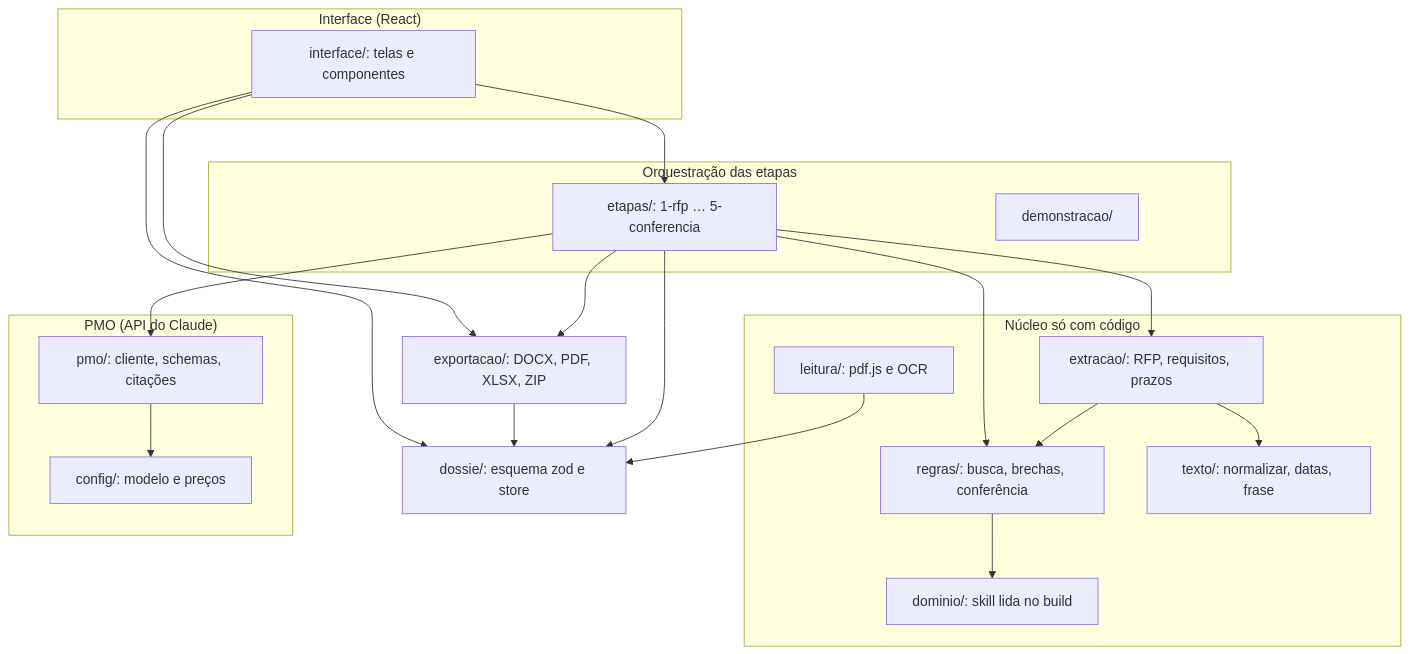
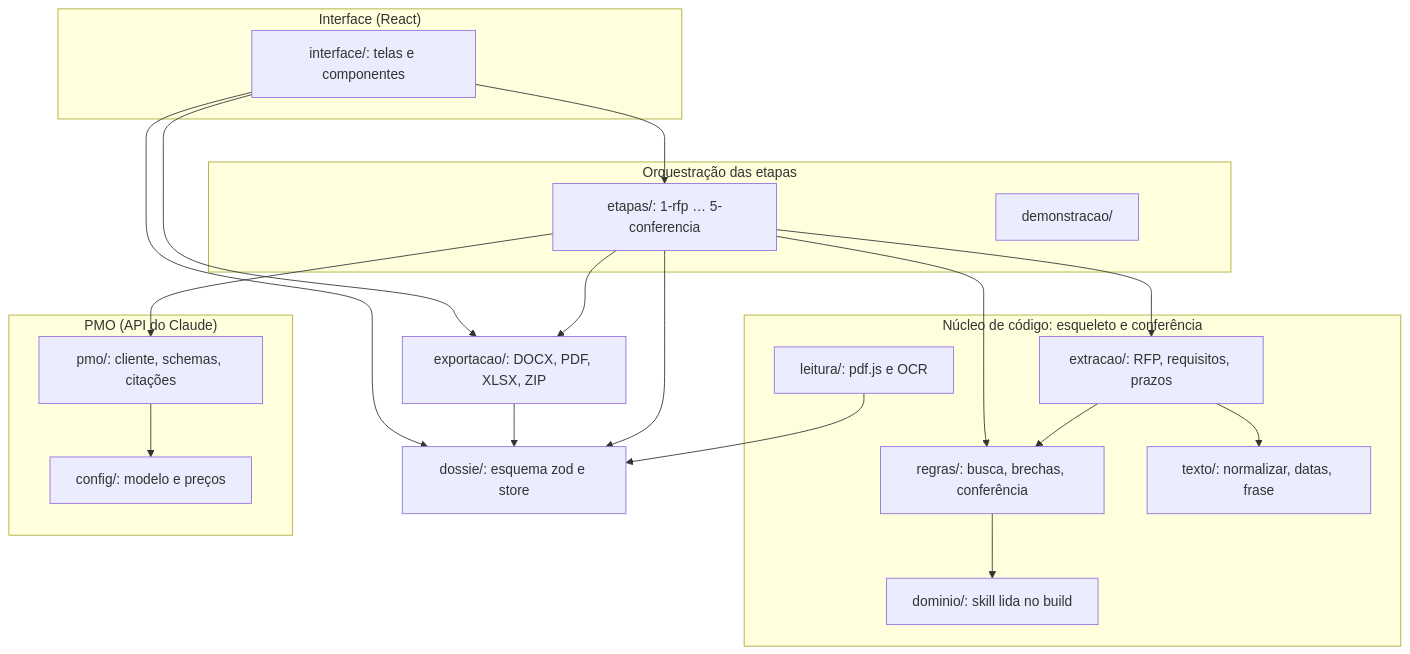
One commit to izacxll/raio-x-do-projeto changed the diagram in docs/tecnico/02-arquitetura.md. Above: the diagram before and after it, drawn with Mermaid. The commit also changed other lines of this file and 64 other files, not shown here.

````diff
--- a/docs/tecnico/02-arquitetura.md
+++ b/docs/tecnico/02-arquitetura.md
@@ -16,37 +16,37 @@
 ```mermaid
 graph TB
   subgraph Interface["Interface (React)"]
     UI["interface/: telas e componentes"]
   end
   subgraph Etapas["Orquestração das etapas"]
     ET["etapas/: 1-rfp … 5-conferencia"]
     DEMO["demonstracao/"]
   end
-  subgraph Nucleo["Núcleo só com código"]
+  subgraph Nucleo["Núcleo de código: esqueleto e conferência"]
     LEI["leitura/: pdf.js e OCR"]
     EXT["extracao/: RFP, requisitos, prazos"]
     REG["regras/: busca, brechas, conferência"]
     TXT["texto/: normalizar, datas, frase"]
     DOM["dominio/: skill lida no build"]
   end
   subgraph PMO["PMO (API do Claude)"]
     PMOM["pmo/: cliente, schemas, citações"]
     CFG["config/: modelo e preços"]
   end
   EXP["exportacao/: DOCX, PDF, XLSX, ZIP"]
   DOS["dossie/: esquema zod e store"]
   UI --> ET
   UI --> EXP
   UI --> DOS
   ET --> EXT
   ET --> REG
   ET --> PMOM
   ET --> EXP
   EXT --> REG
   EXT --> TXT
   REG --> DOM
   PMOM --> CFG
   EXP --> DOS
   ET --> DOS
   LEI --> DOS
 ```
````
